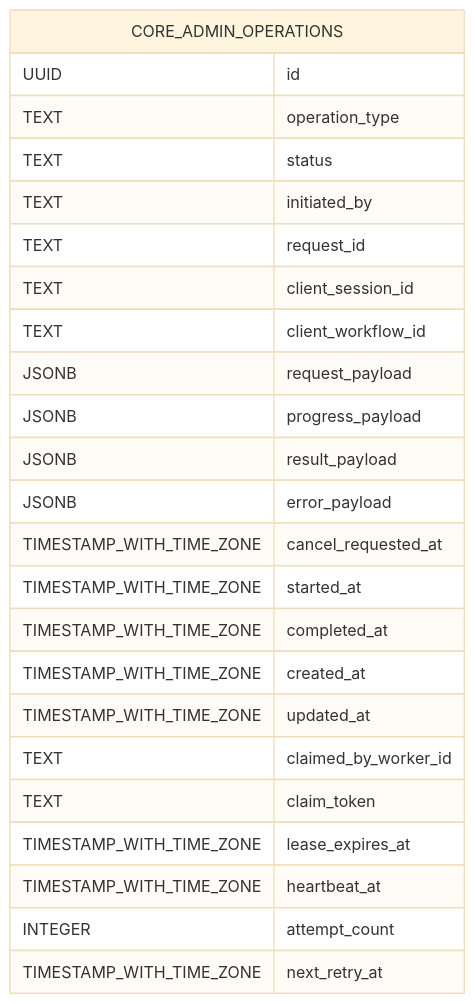
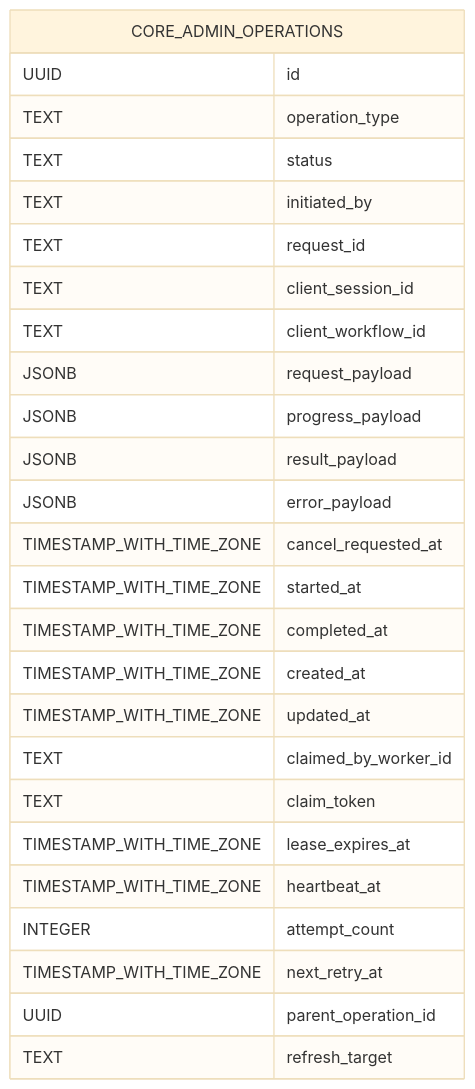
One commit to therealityreport/trr-backend changed the diagram in supabase/schema_docs/diagrams/core.admin_operations.mermaid.md. Above: the diagram before and after it, drawn with Mermaid (base theme). The commit also changed 110 other files, not shown here.

````diff
--- a/supabase/schema_docs/diagrams/core.admin_operations.mermaid.md
+++ b/supabase/schema_docs/diagrams/core.admin_operations.mermaid.md
@@ -4,27 +4,29 @@
 ```mermaid
 erDiagram
     CORE_ADMIN_OPERATIONS {
         UUID id
         TEXT operation_type
         TEXT status
         TEXT initiated_by
         TEXT request_id
         TEXT client_session_id
         TEXT client_workflow_id
         JSONB request_payload
         JSONB progress_payload
         JSONB result_payload
         JSONB error_payload
         TIMESTAMP_WITH_TIME_ZONE cancel_requested_at
         TIMESTAMP_WITH_TIME_ZONE started_at
         TIMESTAMP_WITH_TIME_ZONE completed_at
         TIMESTAMP_WITH_TIME_ZONE created_at
         TIMESTAMP_WITH_TIME_ZONE updated_at
         TEXT claimed_by_worker_id
         TEXT claim_token
         TIMESTAMP_WITH_TIME_ZONE lease_expires_at
         TIMESTAMP_WITH_TIME_ZONE heartbeat_at
         INTEGER attempt_count
         TIMESTAMP_WITH_TIME_ZONE next_retry_at
+        UUID parent_operation_id
+        TEXT refresh_target
     }
 ```
````
